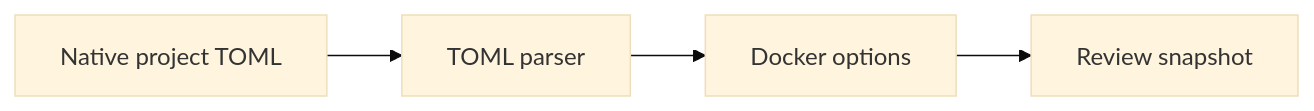
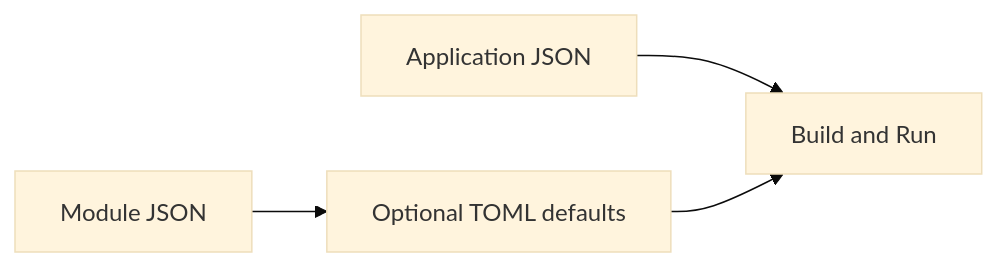
The seventh of 7 diagrams in libs/workload-holoscan/docs/111626-holoscan-stack-log.md (Cutuy/doramcap), drawn with Mermaid (base theme) before and after one commit. The commit also changed other lines of this file, not shown here.

Commit message:
Record reviewed Holoscan prerequisites and Module scope discussion

````diff
--- a/libs/workload-holoscan/docs/111626-holoscan-stack-log.md
+++ b/libs/workload-holoscan/docs/111626-holoscan-stack-log.md
@@ -192,6 +193,6 @@
 ```mermaid
 flowchart LR
-  P[Native project TOML] --> T[TOML parser]
-  T --> O[Docker options]
-  O --> S[Review snapshot]
+  A[Application JSON] --> R[Build and Run]
+  M[Module JSON] --> T[Optional TOML defaults]
+  T --> R
 ```
````
